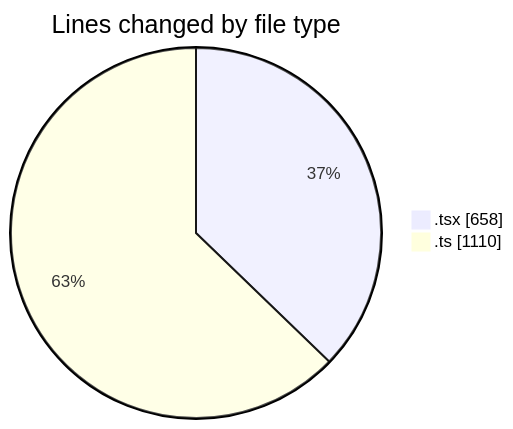
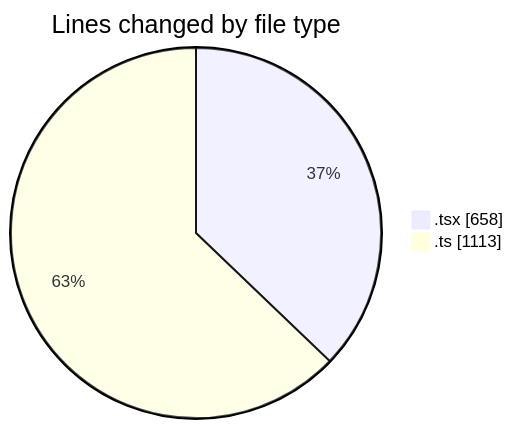
The first of 2 diagrams in 2025-09-22/cda/README.md (momahboobian/code-tracking), drawn with Mermaid before and after one commit. The commit also changed other lines of this file and 1 other file, not shown here.

````diff
--- a/2025-09-22/cda/README.md
+++ b/2025-09-22/cda/README.md
@@ -23,6 +23,6 @@
 ```mermaid
 pie showData
 title Lines changed by file type
 ".tsx" : 658
-".ts" : 1110
+".ts" : 1113
 ```
````
